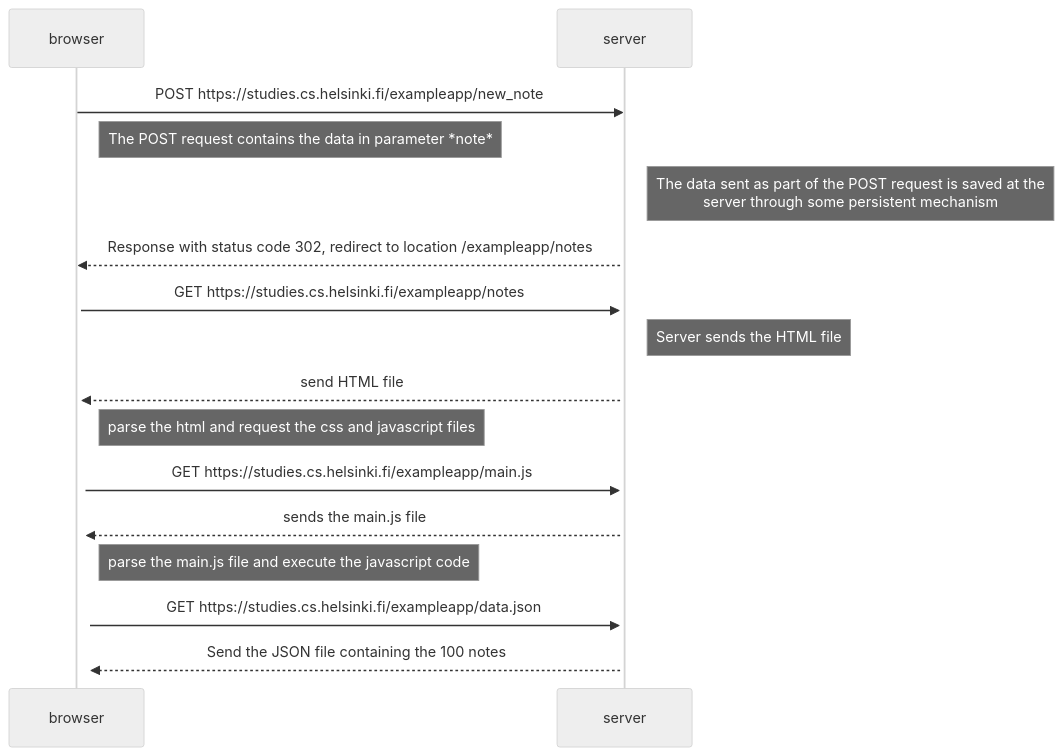
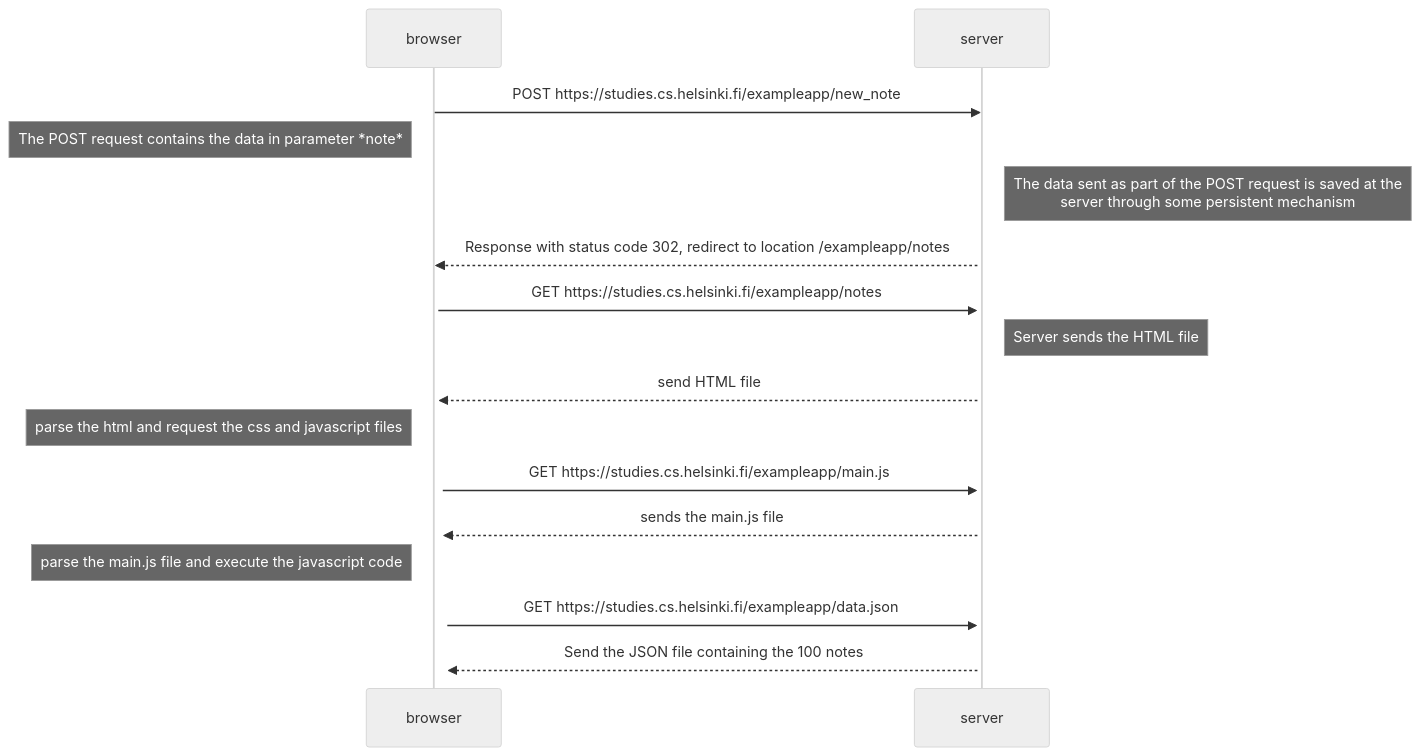
One commit to quarkgluons/fullstackopen changed the diagram in part0/0.4/note_diagram.md. Above: the diagram before and after it, drawn with Mermaid (neutral theme). The commit also changed 1 other file, not shown here.

Commit message:
switching notes to left of browser

````diff
--- a/part0/0.4/note_diagram.md
+++ b/part0/0.4/note_diagram.md
@@ -1,27 +1,27 @@
 ```mermaid
 sequenceDiagram
     participant browser
     participant server
     
     browser->>server: POST https://studies.cs.helsinki.fi/exampleapp/new_note
-    Note right of browser: The POST request contains the data in parameter *note*
+    Note left of browser: The POST request contains the data in parameter *note*
     activate server
     Note right of server: The data sent as part of the POST request is saved at the <br/> server through some persistent mechanism
     server-->>browser: Response with status code 302, redirect to location /exampleapp/notes 
     activate browser
     browser->>server: GET https://studies.cs.helsinki.fi/exampleapp/notes
     activate server
     Note right of server: Server sends the HTML file
     server-->>browser: send HTML file
     activate browser
-    Note right of browser: parse the html and request the css and javascript files
+    Note left of browser: parse the html and request the css and javascript files
     browser->>server: GET https://studies.cs.helsinki.fi/exampleapp/main.js
     activate server
     server-->>browser: sends the main.js file
     activate browser
-    Note right of browser: parse the main.js file and execute the javascript code
+    Note left of browser: parse the main.js file and execute the javascript code
     browser->>server: GET https://studies.cs.helsinki.fi/exampleapp/data.json
     activate server
     server-->>browser: Send the JSON file containing the 100 notes
     
 ```
````
